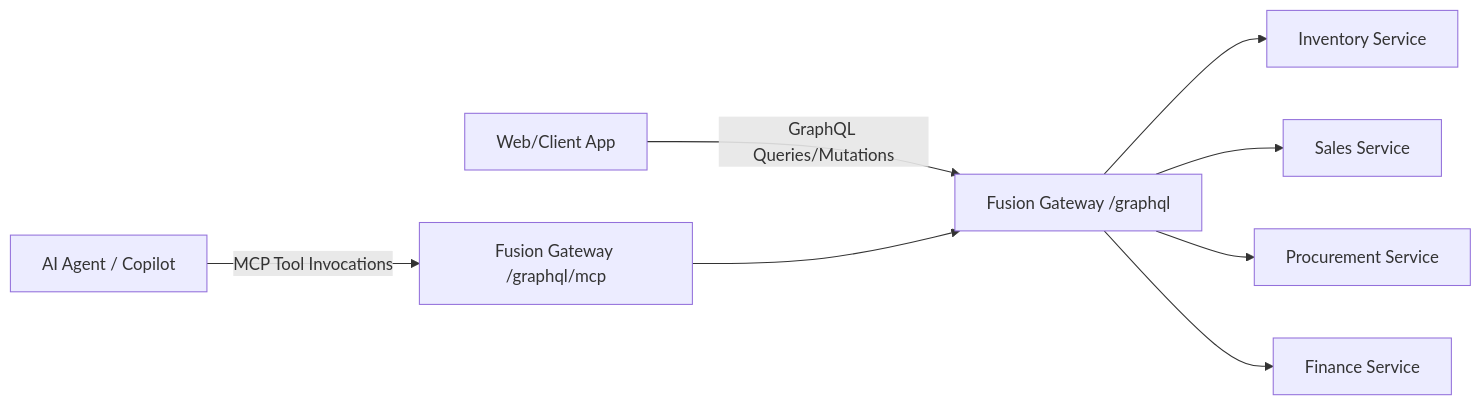
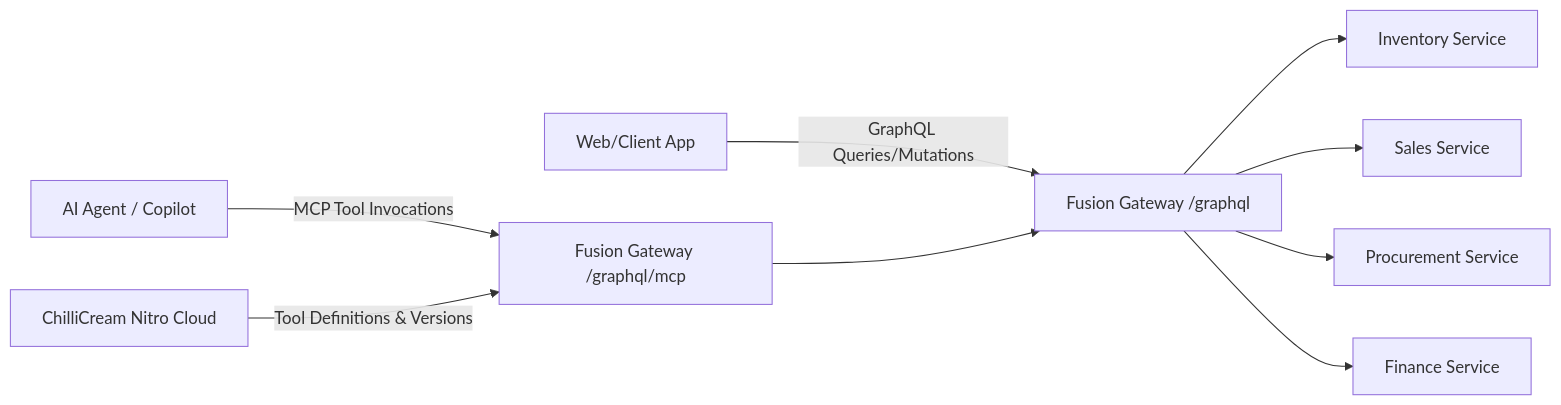
One commit to vickytr44/ChatWithYourData changed the diagram in docs/architecture/gateway-and-mcp.md. Above: the diagram before and after it, drawn with Mermaid. The commit also changed other lines of this file, not shown here.

Commit message:
Update gateway-and-mcp architecture docs

````diff
--- a/docs/architecture/gateway-and-mcp.md
+++ b/docs/architecture/gateway-and-mcp.md
@@ -6,12 +6,13 @@
 ```mermaid
 graph LR
     UserApp[Web/Client App] -->|GraphQL Queries/Mutations| Fusion[Fusion Gateway /graphql]
     AIAgent[AI Agent / Copilot] -->|MCP Tool Invocations| FusionMCP[Fusion Gateway /graphql/mcp]
+    NitroCloud[ChilliCream Nitro Cloud] -->|Tool Definitions & Versions| FusionMCP
     
     Fusion --> Inventory[Inventory Service]
     Fusion --> Sales[Sales Service]
     Fusion --> Procurement[Procurement Service]
     Fusion --> Finance[Finance Service]
     
     FusionMCP --> Fusion
 ```
````
